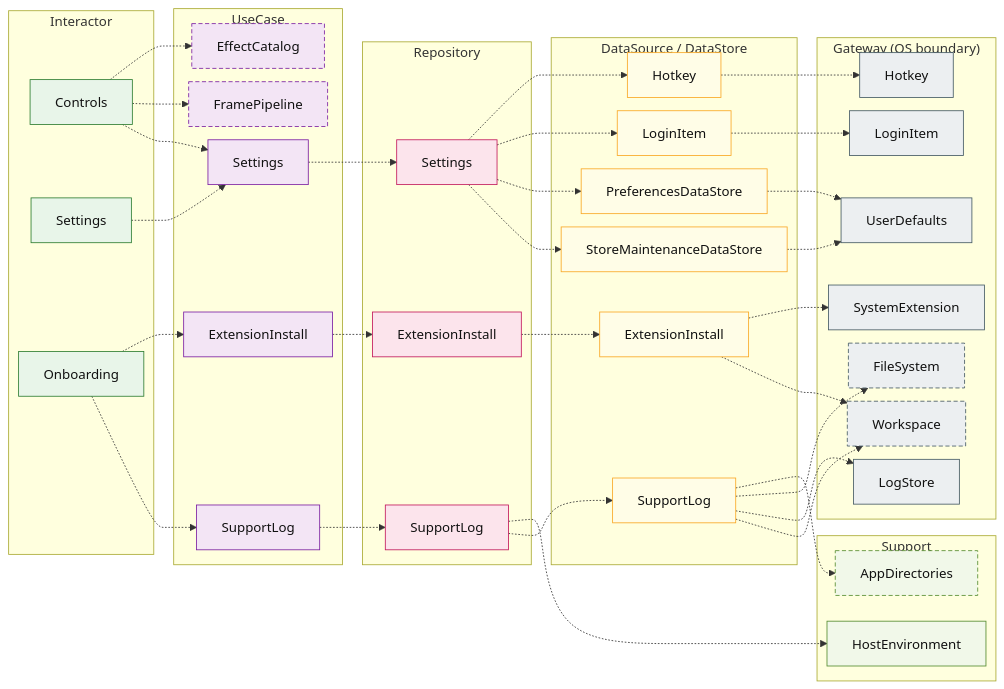
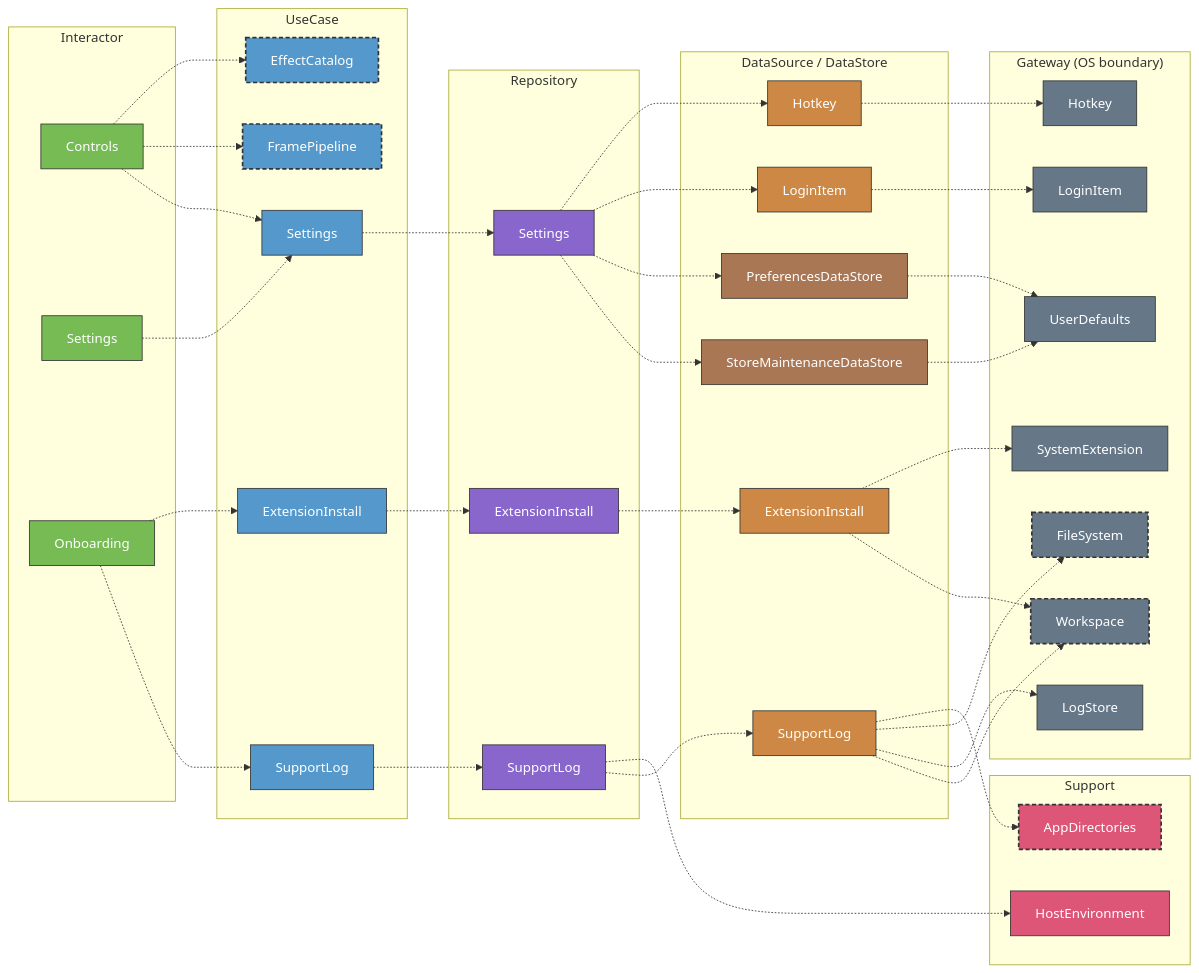
Before and after one commit to GeneralD/mirage: the seventh of 8 diagrams in docs/ARCHITECTURE.md, drawn with Mermaid. The commit also changed other lines of this file, not shown here.

First line of the commit message:
docs(architecture): colour the diagrams by layer as in lyra

````diff
--- a/docs/ARCHITECTURE.md
+++ b/docs/ARCHITECTURE.md
@@ -414,77 +410,77 @@
 ```mermaid
-%%{init: {"flowchart": {"rankSpacing": 24, "nodeSpacing": 16}}}%%
 graph LR
   subgraph Area3_int["Interactor"]
     ControlsInteractor["Controls"]:::int
     SettingsInteractor["Settings"]:::int
     OnboardingInteractor["Onboarding"]:::int
   end
   subgraph Area3_uc["UseCase"]
     SettingsUseCase["Settings"]:::uc
     ExtensionInstallUseCase["ExtensionInstall"]:::uc
     SupportLogUseCase["SupportLog"]:::uc
     EffectCatalogUseCase["EffectCatalog"]:::ucx
     FramePipelineUseCase["FramePipeline"]:::ucx
   end
   subgraph Area3_repo["Repository"]
     SettingsRepository["Settings"]:::repo
     ExtensionInstallRepository["ExtensionInstall"]:::repo
     SupportLogRepository["SupportLog"]:::repo
   end
   subgraph Area3_ds["DataSource / DataStore"]
     HotkeyDataSource["Hotkey"]:::ds
     LoginItemDataSource["LoginItem"]:::ds
-    PreferencesDataStore:::ds
-    StoreMaintenanceDataStore:::ds
+    PreferencesDataStore:::dstore
+    StoreMaintenanceDataStore:::dstore
     ExtensionInstallDataSource["ExtensionInstall"]:::ds
     SupportLogDataSource["SupportLog"]:::ds
   end
   subgraph Area3_gw["Gateway (OS boundary)"]
     HotkeyGateway["Hotkey"]:::gw
     LoginItemGateway["LoginItem"]:::gw
     UserDefaultsGateway["UserDefaults"]:::gw
     SystemExtensionGateway["SystemExtension"]:::gw
     LogStoreGateway["LogStore"]:::gw
     FileSystemGateway["FileSystem"]:::gwx
     WorkspaceGateway["Workspace"]:::gwx
   end
   subgraph Area3_sup["Support"]
     HostEnvironment:::sup
     AppDirectories:::supx
   end
   ControlsInteractor -.-> EffectCatalogUseCase
   ControlsInteractor -.-> FramePipelineUseCase
   ControlsInteractor -.-> SettingsUseCase
   SettingsInteractor -.-> SettingsUseCase
   OnboardingInteractor -.-> ExtensionInstallUseCase
   OnboardingInteractor -.-> SupportLogUseCase
   SettingsUseCase -.-> SettingsRepository
   ExtensionInstallUseCase -.-> ExtensionInstallRepository
   SupportLogUseCase -.-> SupportLogRepository
   SettingsRepository -.-> HotkeyDataSource
   SettingsRepository -.-> LoginItemDataSource
   SettingsRepository -.-> PreferencesDataStore
   SettingsRepository -.-> StoreMaintenanceDataStore
   ExtensionInstallRepository -.-> ExtensionInstallDataSource
   SupportLogRepository -.-> HostEnvironment
   SupportLogRepository -.-> SupportLogDataSource
   HotkeyDataSource -.-> HotkeyGateway
   LoginItemDataSource -.-> LoginItemGateway
   PreferencesDataStore -.-> UserDefaultsGateway
   StoreMaintenanceDataStore -.-> UserDefaultsGateway
   ExtensionInstallDataSource -.-> SystemExtensionGateway
   ExtensionInstallDataSource -.-> WorkspaceGateway
   SupportLogDataSource -.-> AppDirectories
   SupportLogDataSource -.-> FileSystemGateway
   SupportLogDataSource -.-> LogStoreGateway
   SupportLogDataSource -.-> WorkspaceGateway
-  classDef ds fill:#fffde7,stroke:#f9a825,color:#111
-  classDef gw fill:#eceff1,stroke:#455a64,color:#111
-  classDef gwx fill:#eceff1,stroke:#455a64,color:#111,stroke-dasharray:5 3
-  classDef int fill:#e8f5e9,stroke:#2e7d32,color:#111
-  classDef repo fill:#fce4ec,stroke:#c2185b,color:#111
-  classDef sup fill:#f1f8e9,stroke:#558b2f,color:#111
-  classDef supx fill:#f1f8e9,stroke:#558b2f,color:#111,stroke-dasharray:5 3
-  classDef uc fill:#f3e5f5,stroke:#7b1fa2,color:#111
-  classDef ucx fill:#f3e5f5,stroke:#7b1fa2,color:#111,stroke-dasharray:5 3
+  classDef ds fill:#c84,stroke:#333,color:#fff
+  classDef dstore fill:#a75,stroke:#333,color:#fff
+  classDef gw fill:#678,stroke:#333,color:#fff
+  classDef gwx fill:#678,stroke:#333,stroke-width:2px,stroke-dasharray:5 3,color:#fff
+  classDef int fill:#7b5,stroke:#333,color:#fff
+  classDef repo fill:#86c,stroke:#333,color:#fff
+  classDef sup fill:#d57,stroke:#333,color:#fff
+  classDef supx fill:#d57,stroke:#333,stroke-width:2px,stroke-dasharray:5 3,color:#fff
+  classDef uc fill:#59c,stroke:#333,color:#fff
+  classDef ucx fill:#59c,stroke:#333,stroke-width:2px,stroke-dasharray:5 3,color:#fff
 ```
````
